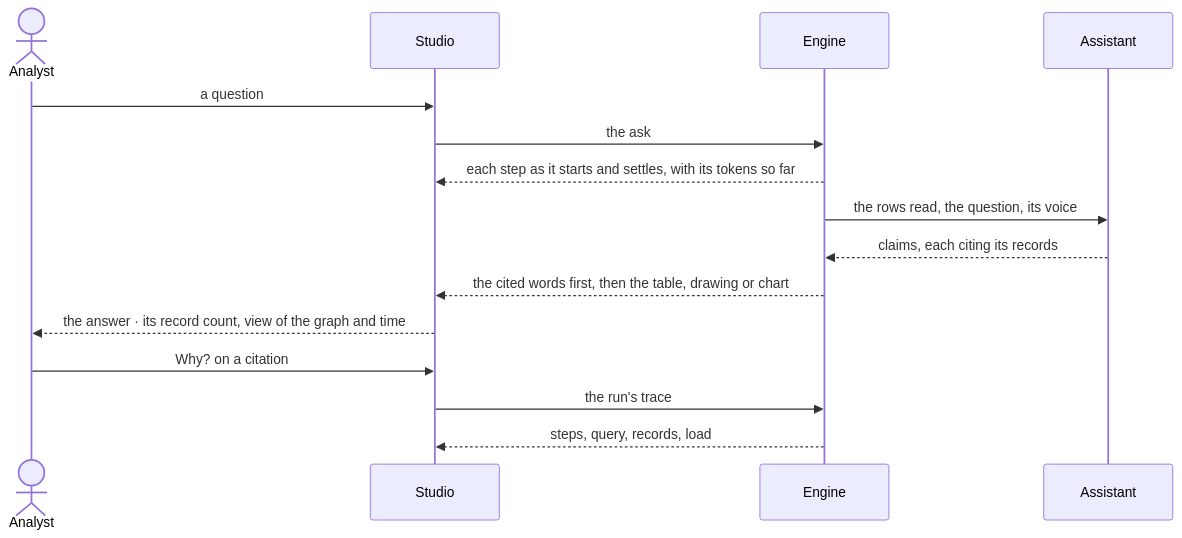
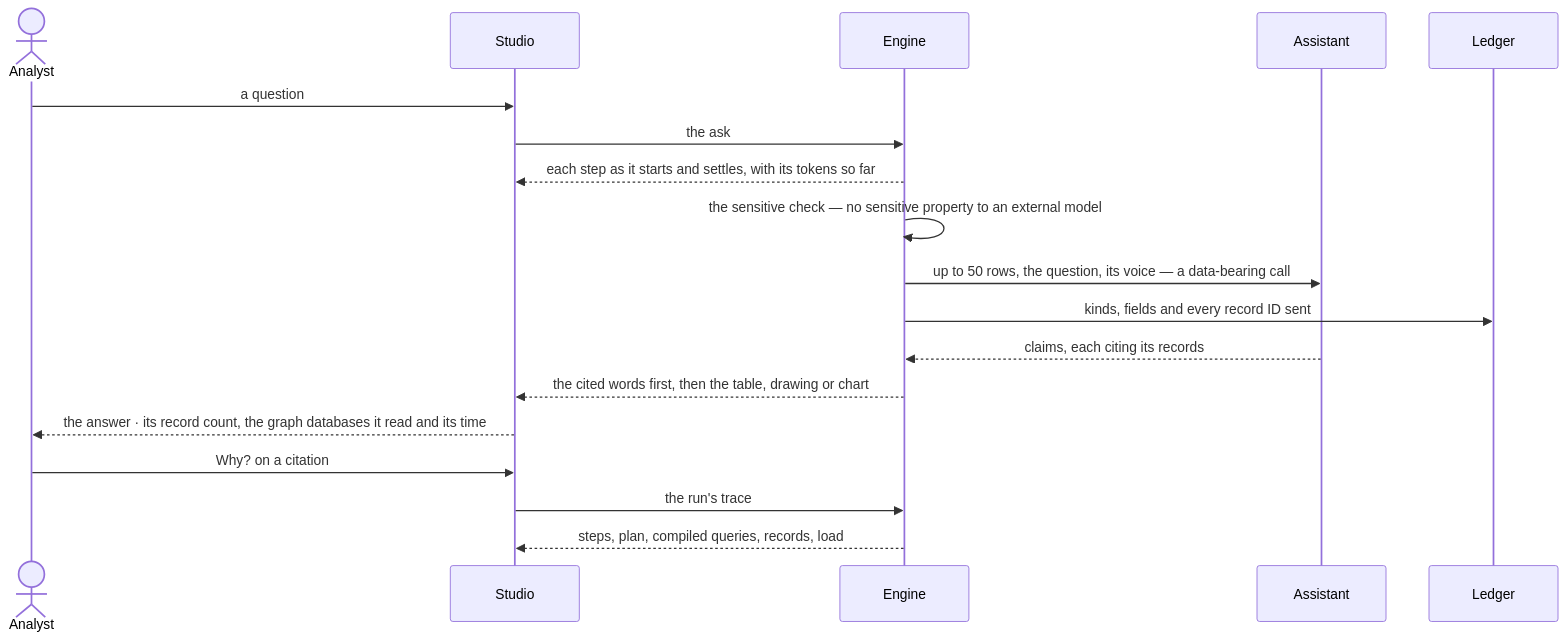
The second of 2 diagrams in specs/capabilities/explore/features/EX-F04-the-answer/feature.md (invana/invana), drawn with Mermaid before and after one commit. The commit also changed other lines of this file and 522 other files, not shown here.

````diff
--- a/specs/capabilities/explore/features/EX-F04-the-answer/feature.md
+++ b/specs/capabilities/explore/features/EX-F04-the-answer/feature.md
@@ -49,17 +51,20 @@
 ```mermaid
 sequenceDiagram
   actor P as Analyst
   participant S as Studio
   participant E as Engine
   participant A as Assistant
+  participant L as Ledger
   P->>S: a question
   S->>E: the ask
   E-->>S: each step as it starts and settles, with its tokens so far
-  E->>A: the rows read, the question, its voice
+  E->>E: the sensitive check — no sensitive property to an external model
+  E->>A: up to 50 rows, the question, its voice — a data-bearing call
+  E->>L: kinds, fields and every record ID sent
   A-->>E: claims, each citing its records
   E-->>S: the cited words first, then the table, drawing or chart
-  S-->>P: the answer · its record count, view of the graph and time
+  S-->>P: the answer · its record count, the graph databases it read and its time
   P->>S: Why? on a citation
   S->>E: the run's trace
-  E-->>S: steps, query, records, load
+  E-->>S: steps, plan, compiled queries, records, load
 ```
````
